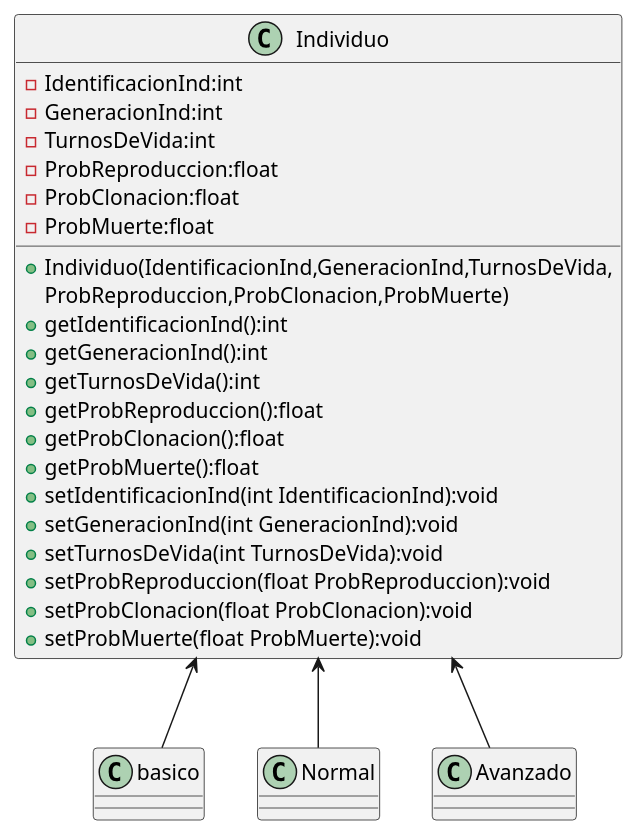
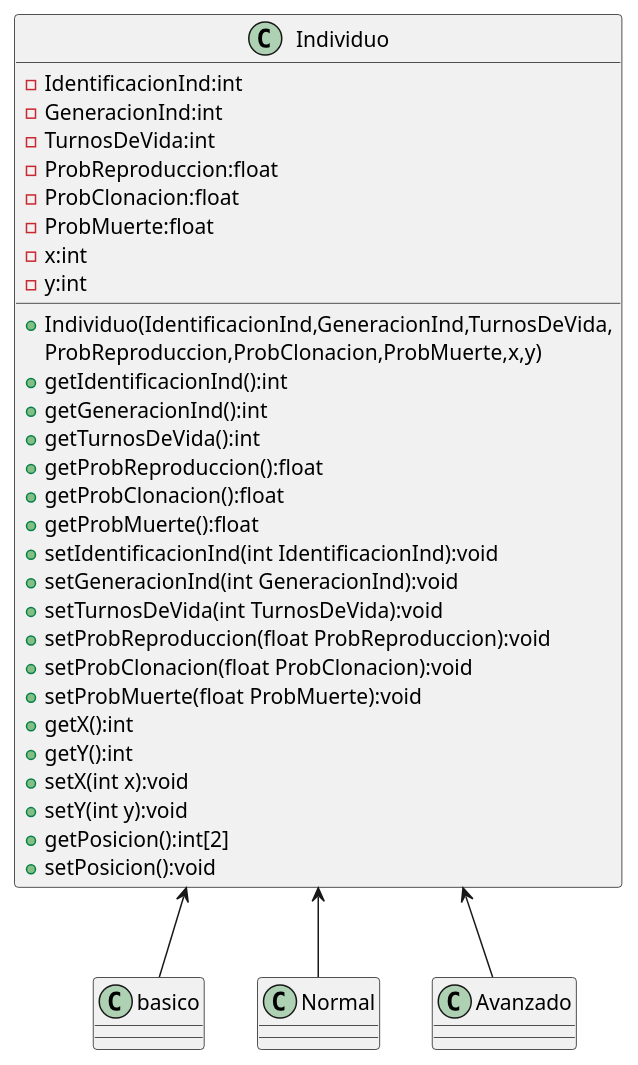
One commit to JorgeTenorio10/TrabajoFinalMetProg_EdD changed the diagram in Individuo.puml. Above: the diagram before and after it, drawn with PlantUML. The commit also changed 1 other file, not shown here.

Commit message:
añadido los get y sets de posicion a individuo y al diagrama uml

```diff
--- a/Individuo.puml
+++ b/Individuo.puml
@@ -1,31 +1,39 @@
 @startuml
 'https://plantuml.com/sequence-diagram
 Individuo <-- basico
 Individuo <-- Normal
 Individuo <-- Avanzado
 class Individuo {
     -IdentificacionInd:int
     -GeneracionInd:int
     -TurnosDeVida:int
     -ProbReproduccion:float
     -ProbClonacion:float
     -ProbMuerte:float
+    -x:int
+    -y:int
     +Individuo(IdentificacionInd,GeneracionInd,TurnosDeVida,
-      ProbReproduccion,ProbClonacion,ProbMuerte)
+      ProbReproduccion,ProbClonacion,ProbMuerte,x,y)
     +getIdentificacionInd():int
     +getGeneracionInd():int
     +getTurnosDeVida():int
     +getProbReproduccion():float
     +getProbClonacion():float
     +getProbMuerte():float
     +setIdentificacionInd(int IdentificacionInd):void
     +setGeneracionInd(int GeneracionInd):void
     +setTurnosDeVida(int TurnosDeVida):void
     +setProbReproduccion(float ProbReproduccion):void
     +setProbClonacion(float ProbClonacion):void
     +setProbMuerte(float ProbMuerte):void
+    +getX():int
+    +getY():int
+    +setX(int x):void
+    +setY(int y):void
+    +getPosicion():int[2]
+    +setPosicion():void
 }
 class basico
 class Normal
 class Avanzado
 @enduml
```
